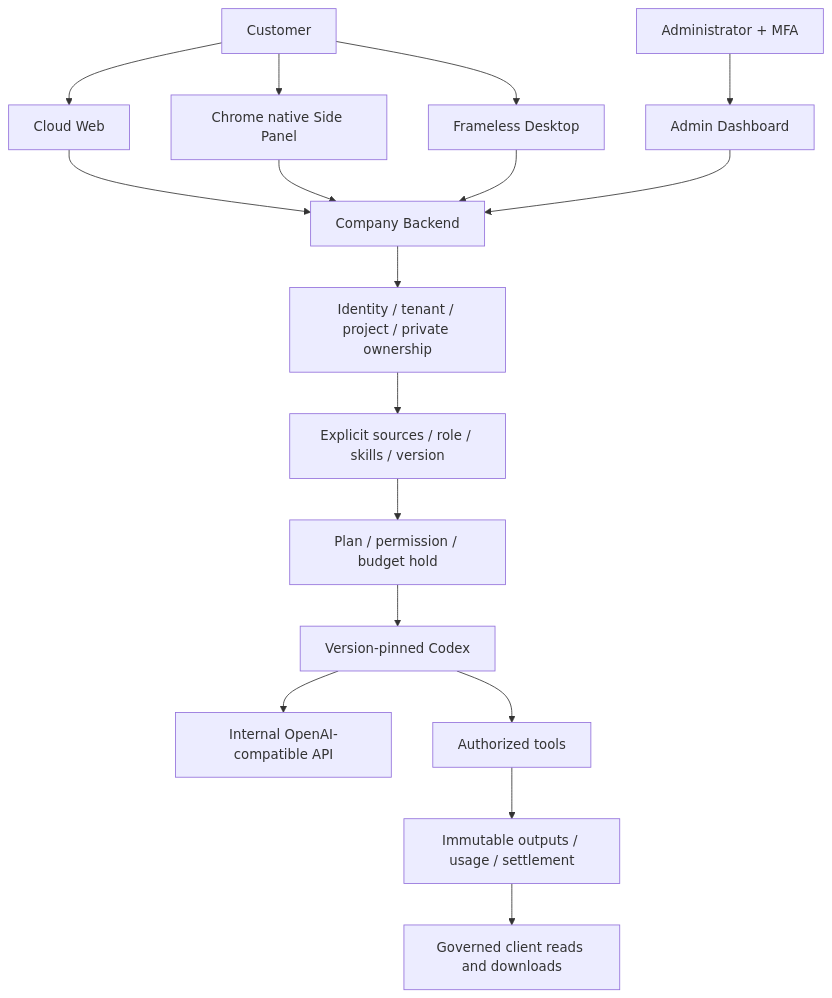
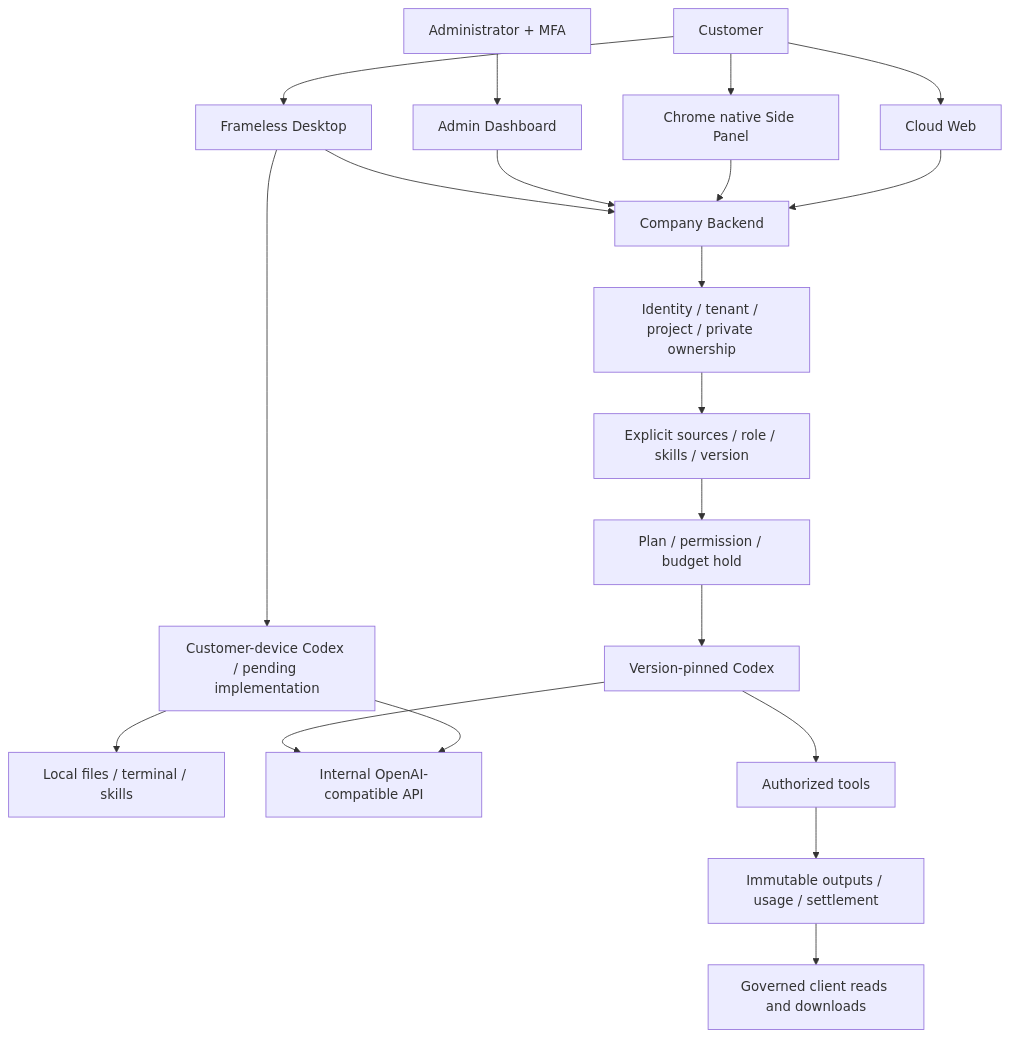
The diagram in docs/README.en.md (copypasteltd/workmate), drawn with Mermaid before and after one commit. The commit also changed other lines of this file and 147 other files, not shown here.

````diff
--- a/docs/README.en.md
+++ b/docs/README.en.md
@@ -23,16 +36,20 @@
 ```mermaid
 flowchart TB
   User[Customer] --> Web[Cloud Web]
   User --> Side[Chrome native Side Panel]
   User --> Desktop[Frameless Desktop]
   Operator[Administrator + MFA] --> Admin[Admin Dashboard]
-  Web & Side & Desktop & Admin --> API[Company Backend]
+  Web & Side & Admin --> API[Company Backend]
+  Desktop --> API
+  Desktop --> LocalCodex[Customer-device Codex / pending implementation]
+  LocalCodex --> LocalTools[Local files / terminal / skills]
+  LocalCodex --> Gateway[Internal OpenAI-compatible API]
   API --> Access[Identity / tenant / project / private ownership]
   Access --> Input[Explicit sources / role / skills / version]
   Input --> Budget[Plan / permission / budget hold]
   Budget --> Codex[Version-pinned Codex]
   Codex --> Gateway[Internal OpenAI-compatible API]
   Codex --> Tools[Authorized tools]
   Tools --> Results[Immutable outputs / usage / settlement]
   Results --> Clients[Governed client reads and downloads]
 ```
````
